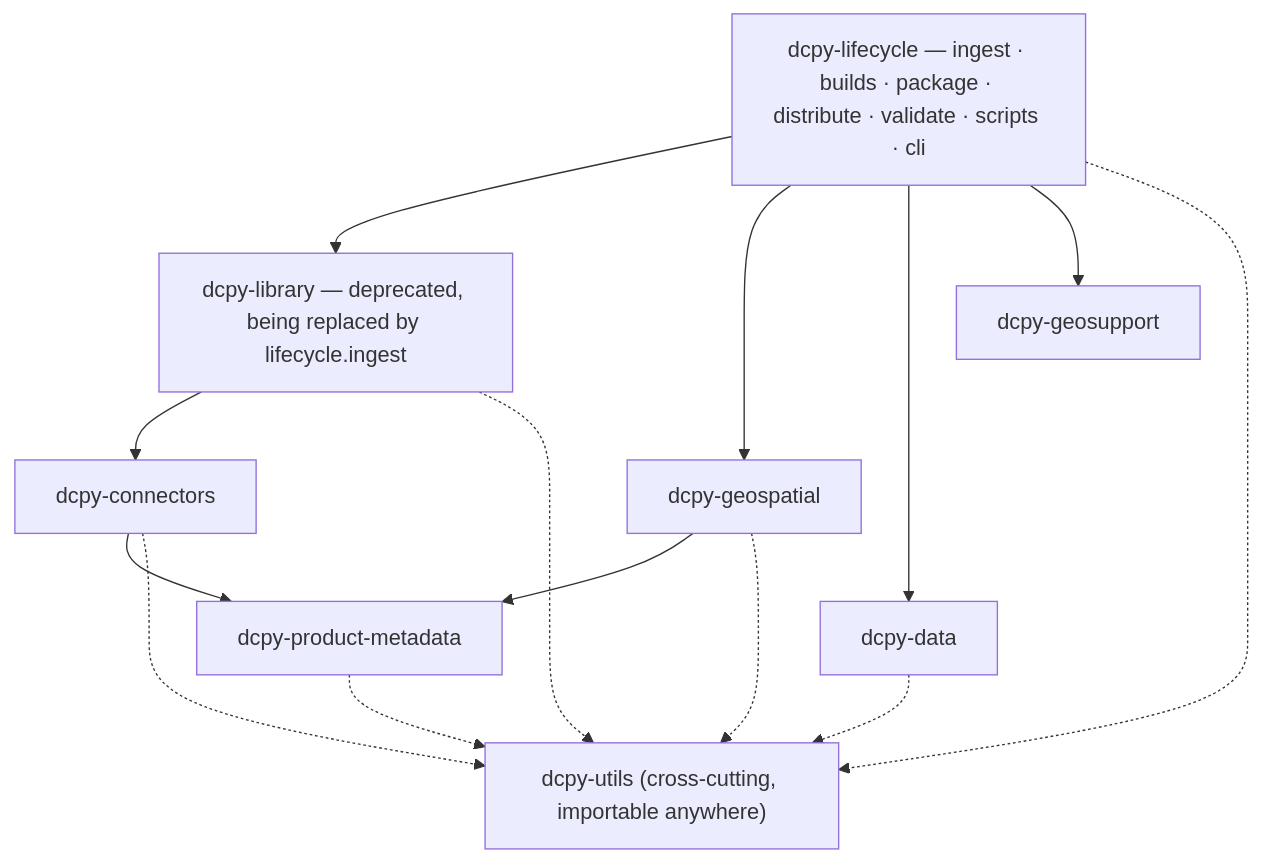
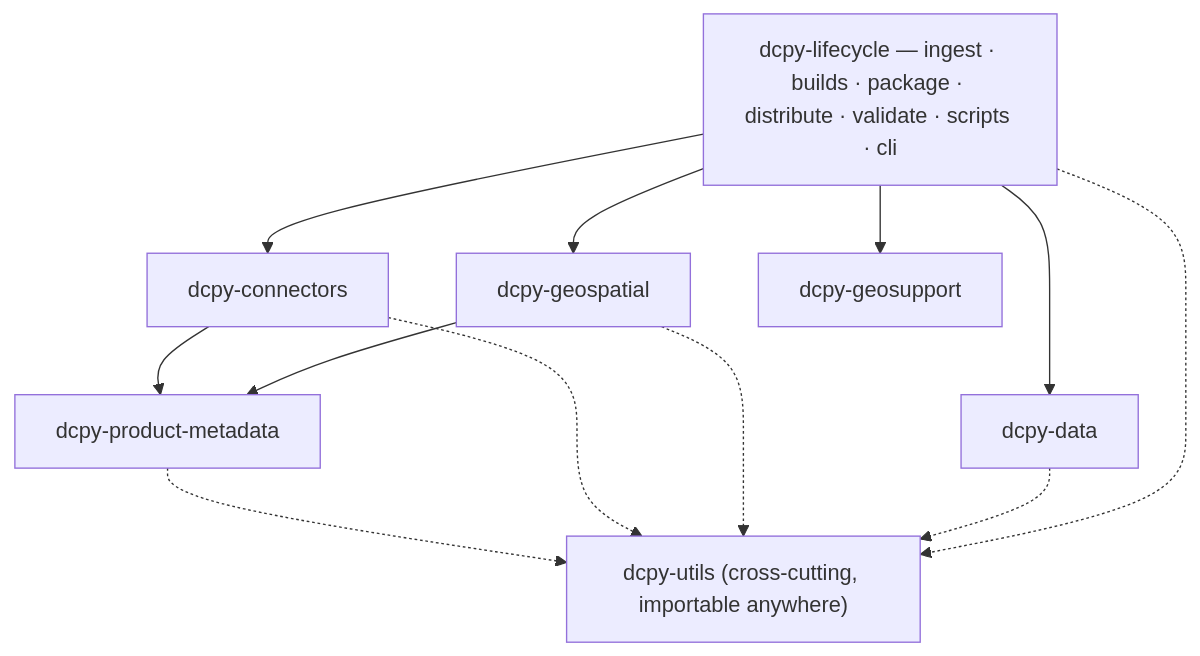
One commit to NYCPlanning/data-engineering changed the diagram in docs/dcpy/architecture.md. Above: the diagram before and after it, drawn with Mermaid. The commit also changed other lines of this file and 6 other files, not shown here.

````diff
--- a/docs/dcpy/architecture.md
+++ b/docs/dcpy/architecture.md
@@ -22,22 +22,20 @@
 ```mermaid
 flowchart TD
     lifecycle["dcpy-lifecycle — ingest · builds · package · distribute · validate · scripts · cli"]
-    library["dcpy-library — deprecated, being replaced by lifecycle.ingest"]
     connectors["dcpy-connectors"]
     geospatial["dcpy-geospatial"]
     data["dcpy-data"]
     product_metadata["dcpy-product-metadata"]
     geosupport["dcpy-geosupport"]
     utils["dcpy-utils (cross-cutting, importable anywhere)"]
 
-    lifecycle --> library --> connectors --> product_metadata
+    lifecycle --> connectors --> product_metadata
     lifecycle --> geospatial --> product_metadata
     lifecycle --> data
     lifecycle --> geosupport
     product_metadata -.-> utils
     connectors -.-> utils
     geospatial -.-> utils
     data -.-> utils
-    library -.-> utils
     lifecycle -.-> utils
 ```
````
